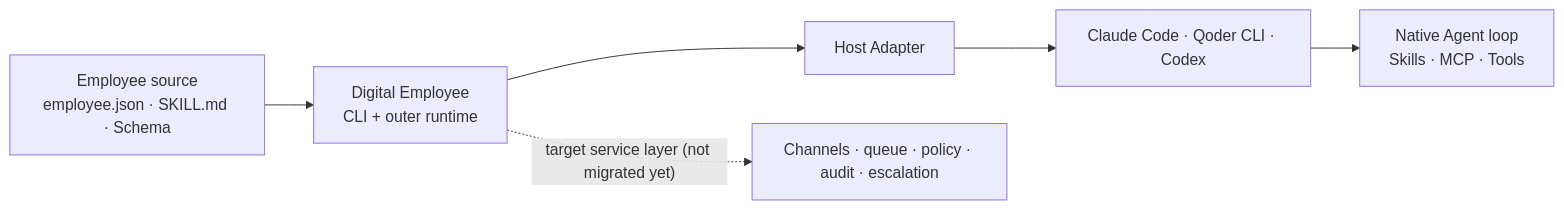
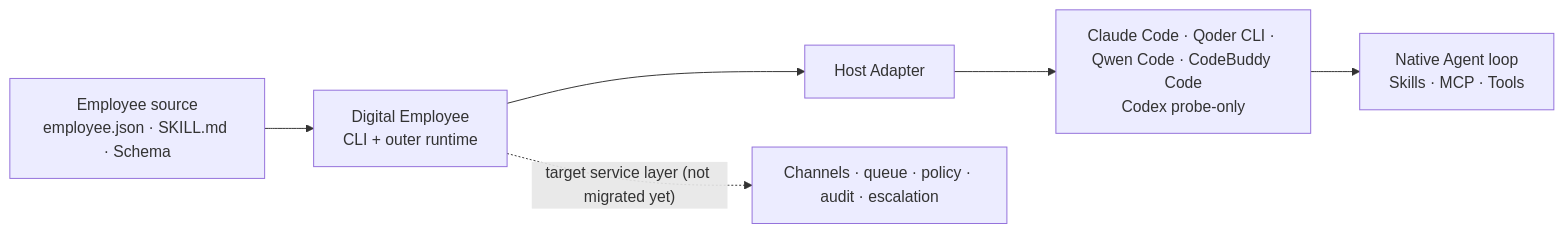
The first of 2 diagrams in README.md (bytefolk/digital-employee), drawn with Mermaid before and after one commit. The commit also changed other lines of this file and 28 other files, not shown here.

````diff
--- a/README.md
+++ b/README.md
@@ -20,8 +21,8 @@
 ```mermaid
 flowchart LR
   P["Employee source<br/>employee.json · SKILL.md · Schema"] --> O["Digital Employee<br/>CLI + outer runtime"]
   O --> H["Host Adapter"]
-  H --> A["Claude Code · Qoder CLI · Codex"]
+  H --> A["Claude Code · Qoder CLI · Qwen Code · CodeBuddy Code<br/>Codex probe-only"]
   A --> T["Native Agent loop<br/>Skills · MCP · Tools"]
   O -. "target service layer (not migrated yet)" .-> S["Channels · queue · policy · audit · escalation"]
 ```
````
